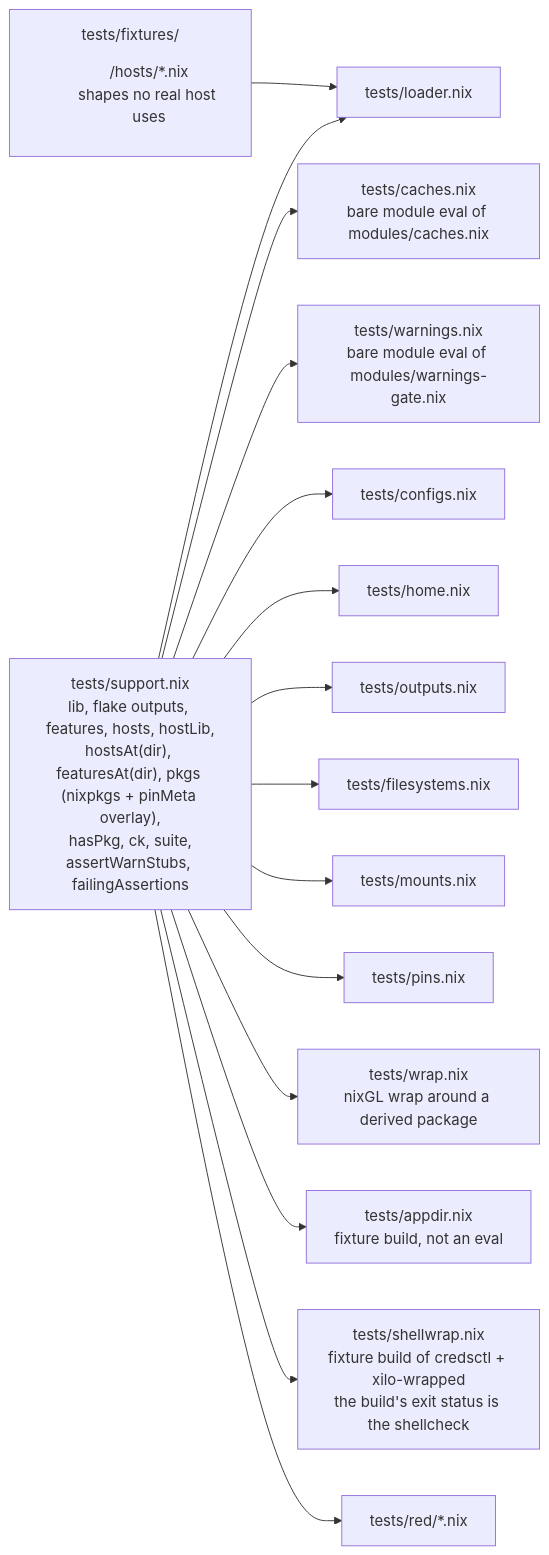
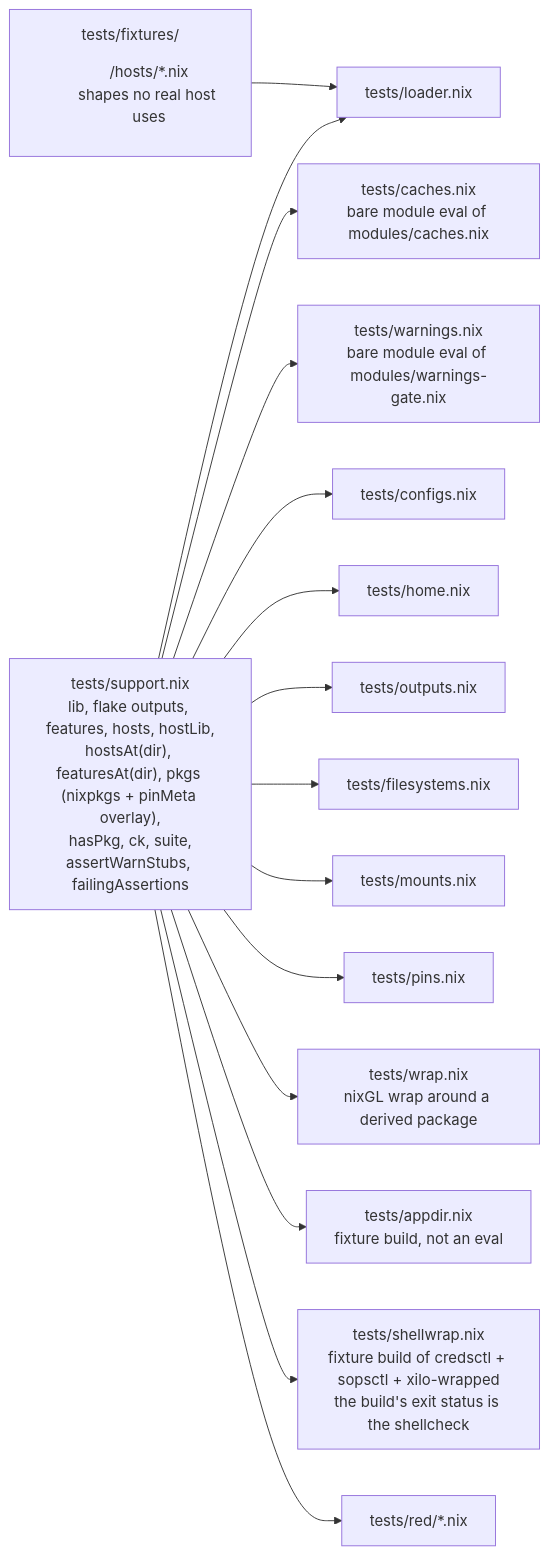
The second of 5 diagrams in TEST_DESIGN.md (WombatFromHell/automatic-palm-tree), drawn with Mermaid before and after one commit. The commit also changed other lines of this file and 9 other files, not shown here.

````diff
--- a/TEST_DESIGN.md
+++ b/TEST_DESIGN.md
@@ -60,17 +75,17 @@
 ```mermaid
 flowchart LR
   S["tests/support.nix<br/>lib, flake outputs, features, hosts, hostLib,<br/>hostsAt(dir), featuresAt(dir), pkgs (nixpkgs + pinMeta overlay),<br/>hasPkg, ck, suite,<br/>assertWarnStubs, failingAssertions"] --> L["tests/loader.nix"]
   S --> CA["tests/caches.nix<br/>bare module eval of modules/caches.nix"]
   S --> WA["tests/warnings.nix<br/>bare module eval of modules/warnings-gate.nix"]
   S --> C["tests/configs.nix"]
   S --> H["tests/home.nix"]
   S --> O["tests/outputs.nix"]
   S --> F["tests/filesystems.nix"]
   S --> M["tests/mounts.nix"]
   S --> PI["tests/pins.nix"]
   S --> WR["tests/wrap.nix<br/>nixGL wrap around a derived package"]
   S --> AP["tests/appdir.nix<br/>fixture build, not an eval"]
-  S --> SW["tests/shellwrap.nix<br/>fixture build of credsctl + xilo-wrapped<br/>the build's exit status is the shellcheck"]
+  S --> SW["tests/shellwrap.nix<br/>fixture build of credsctl + sopsctl + xilo-wrapped<br/>the build's exit status is the shellcheck"]
   S --> RD["tests/red/*.nix"]
   FX["tests/fixtures/<dir>/hosts/*.nix<br/>shapes no real host uses"] --> L
 ```
````
